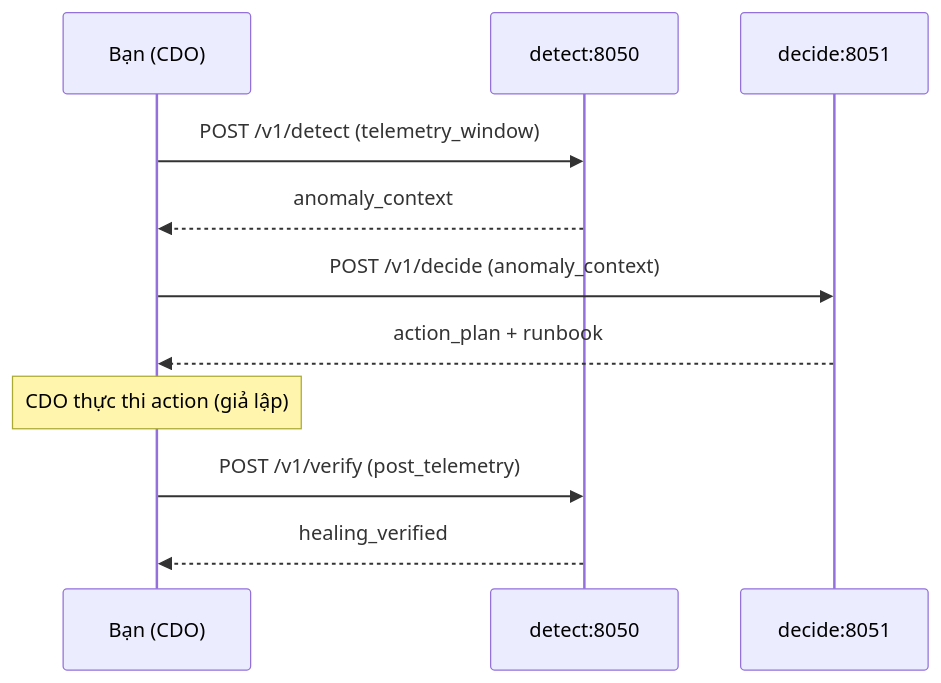
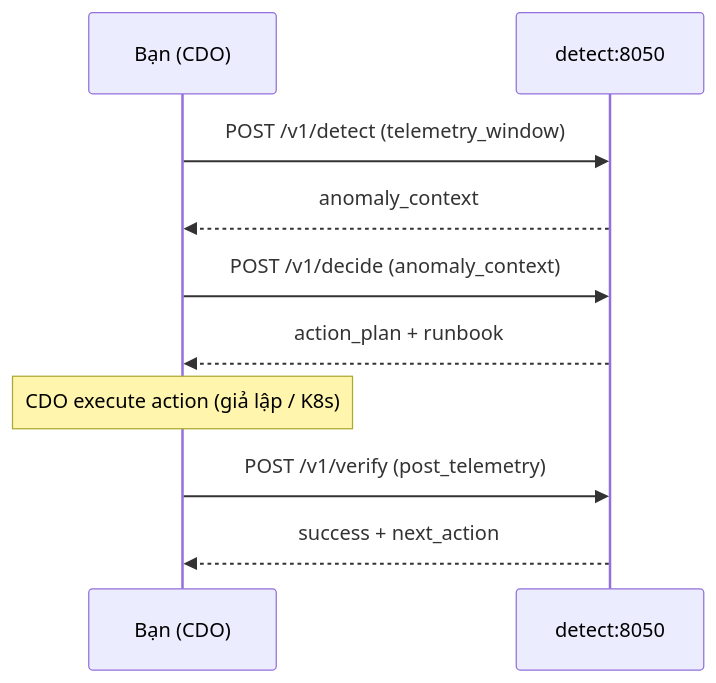
One commit to AIops-g4/Capstone-Phase-2-Code changed the diagram in tf-3/ai/ai-engine/E2E-TEST-GUIDE.md. Above: the diagram before and after it, drawn with Mermaid. The commit also changed other lines of this file and 64 other files, not shown here.

````diff
--- a/tf-3/ai/ai-engine/E2E-TEST-GUIDE.md
+++ b/tf-3/ai/ai-engine/E2E-TEST-GUIDE.md
@@ -316,14 +355,13 @@
 ```mermaid
 sequenceDiagram
     participant B as Bạn (CDO)
     participant D as detect:8050
-    participant C as decide:8051
 
     B->>D: POST /v1/detect (telemetry_window)
     D-->>B: anomaly_context
-    B->>C: POST /v1/decide (anomaly_context)
-    C-->>B: action_plan + runbook
-    Note over B: CDO thực thi action (giả lập)
+    B->>D: POST /v1/decide (anomaly_context)
+    D-->>B: action_plan + runbook
+    Note over B: CDO execute action (giả lập / K8s)
     B->>D: POST /v1/verify (post_telemetry)
-    D-->>B: healing_verified
+    D-->>B: success + next_action
 ```
````
